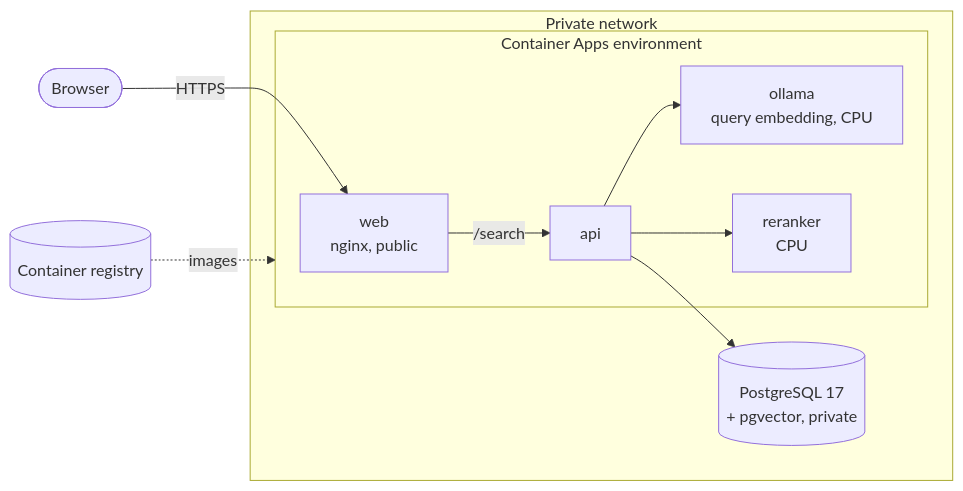
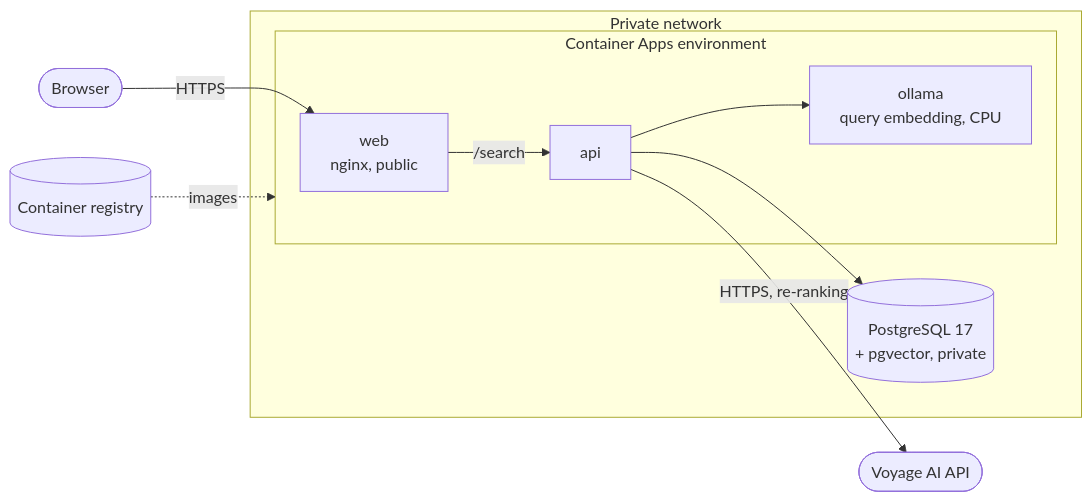
Before and after one commit to nem0z/book-finder: the diagram in docs/azure.md, drawn with Mermaid. The commit also changed other lines of this file and 2 other files, not shown here.

First line of the commit message:
Azure: re-rank with Voyage AI by default

````diff
--- a/docs/azure.md
+++ b/docs/azure.md
@@ -9,13 +9,13 @@
 ```mermaid
 flowchart LR
   user([Browser]) -->|HTTPS| web
   subgraph vnet[Private network]
     subgraph env[Container Apps environment]
       web[web<br/>nginx, public] -->|/search| api
       api --> ollama[ollama<br/>query embedding, CPU]
-      api --> reranker[reranker<br/>CPU]
     end
     api --> db[(PostgreSQL 17<br/>+ pgvector, private)]
   end
+  api -->|HTTPS, re-ranking| voyage([Voyage AI API])
   registry[(Container registry)] -.images.-> env
 ```
````
